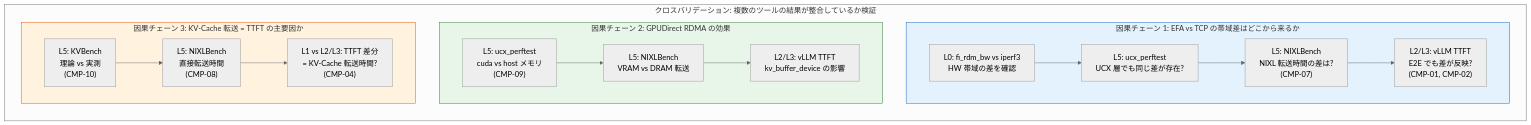
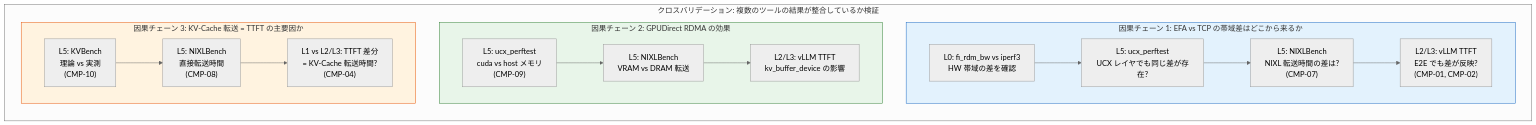
Diagram 13 of 15 in articles/3dd524130320d3.md (littlemex/zenn), drawn with Mermaid (neutral theme) before and after one commit. The commit also changed other lines of this file, not shown here.

````diff
--- a/articles/3dd524130320d3.md
+++ b/articles/3dd524130320d3.md
@@ -689,32 +745,32 @@
 ```mermaid
 graph TB
     subgraph CV["クロスバリデーション: 複数のツールの結果が整合しているか検証"]
         direction TB
 
         subgraph CHAIN1["因果チェーン 1: EFA vs TCP の帯域差はどこから来るか"]
             C1_L0["L0: fi_rdm_bw vs iperf3<br/>HW 帯域の差を確認"]
-            C1_L5a["L5: ucx_perftest<br/>UCX 層でも同じ差が存在?"]
+            C1_L5a["L5: ucx_perftest<br/>UCX レイヤでも同じ差が存在?"]
             C1_L5b["L5: NIXLBench<br/>NIXL 転送時間の差は?<br/>(CMP-07)"]
             C1_E2E["L2/L3: vLLM TTFT<br/>E2E でも差が反映?<br/>(CMP-01, CMP-02)"]
             C1_L0 --> C1_L5a --> C1_L5b --> C1_E2E
         end
 
         subgraph CHAIN2["因果チェーン 2: GPUDirect RDMA の効果"]
             C2_L5a["L5: ucx_perftest<br/>cuda vs host メモリ<br/>(CMP-09)"]
             C2_L5b["L5: NIXLBench<br/>VRAM vs DRAM 転送"]
             C2_E2E["L2/L3: vLLM TTFT<br/>kv_buffer_device の影響"]
             C2_L5a --> C2_L5b --> C2_E2E
         end
 
         subgraph CHAIN3["因果チェーン 3: KV-Cache 転送 = TTFT の主要因か"]
             C3_L5["L5: KVBench<br/>理論 vs 実測<br/>(CMP-10)"]
             C3_NIX["L5: NIXLBench<br/>直接転送時間<br/>(CMP-08)"]
             C3_DIFF["L1 vs L2/L3: TTFT 差分<br/>= KV-Cache 転送時間?<br/>(CMP-04)"]
             C3_L5 --> C3_NIX --> C3_DIFF
         end
     end
 
     style CHAIN1 fill: #e3f2fd,stroke: #1565c0
     style CHAIN2 fill: #e8f5e9,stroke: #2e7d32
     style CHAIN3 fill: #fff3e0,stroke: #e65100
 ```
````
